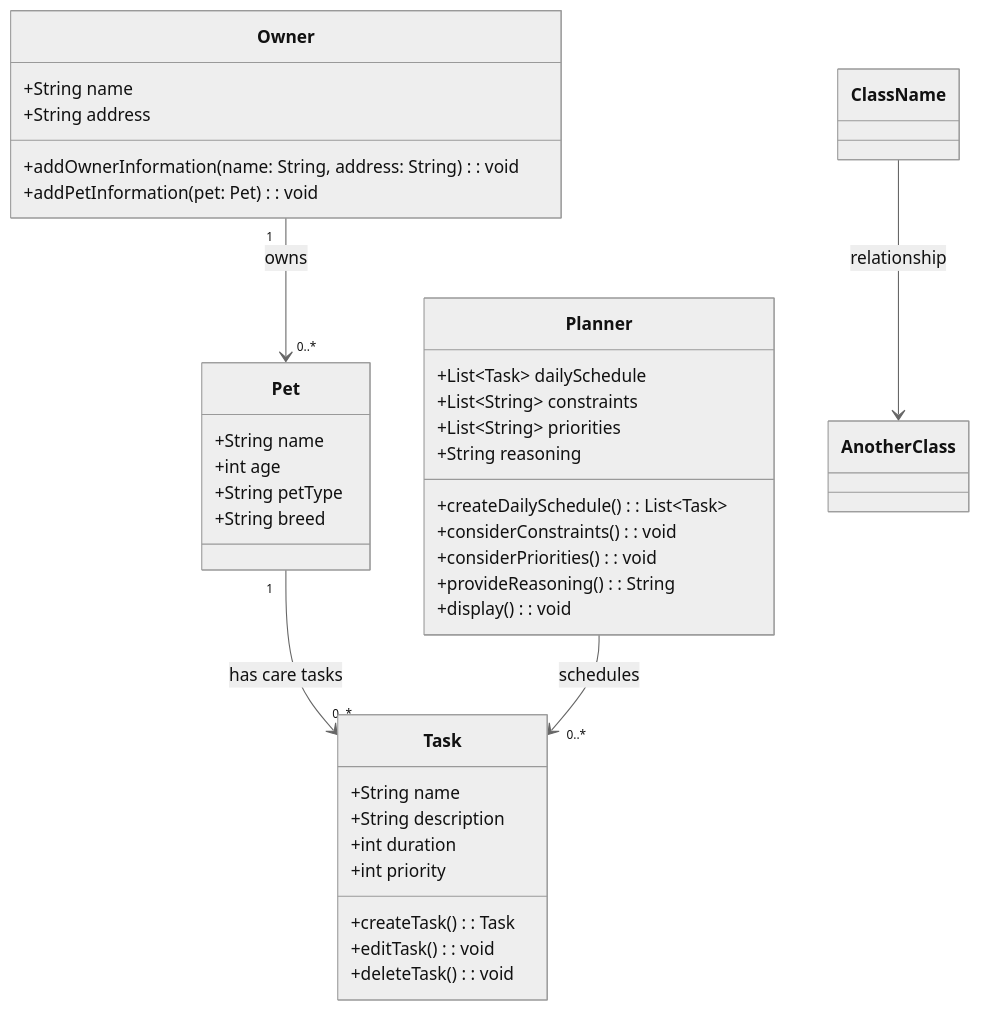
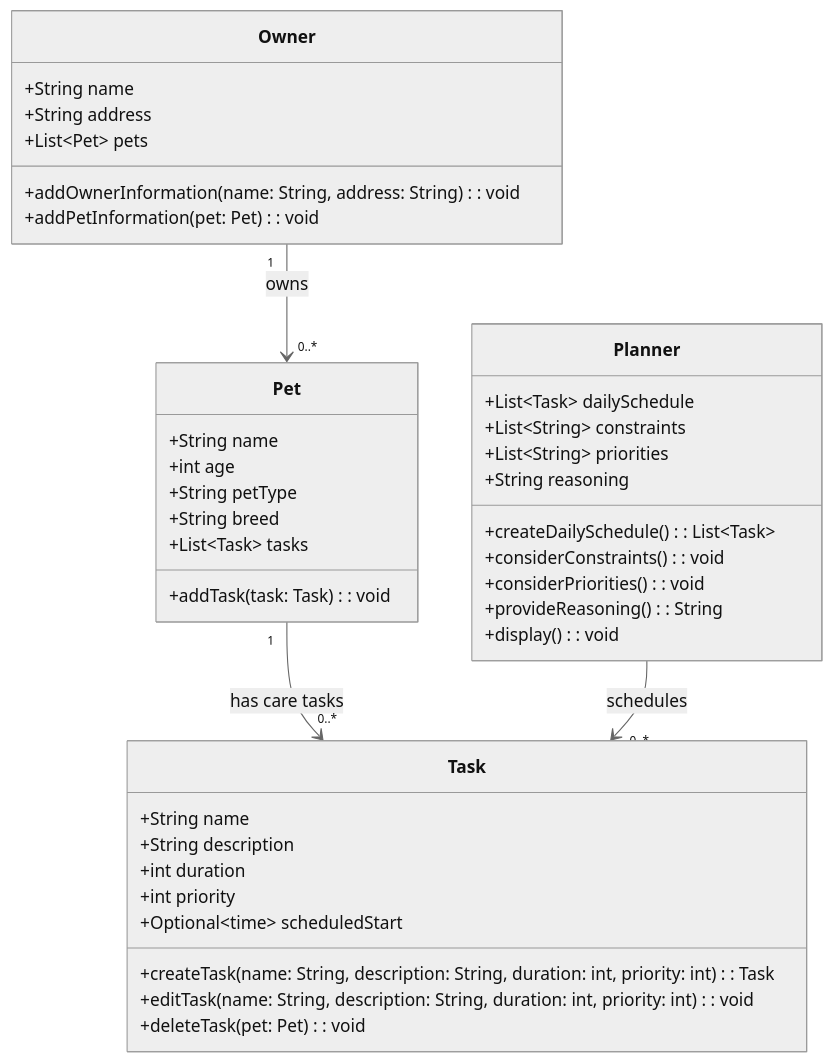
One commit to Arianna-W/ai110-module2show-pawpal-starter changed the diagram in diagrams/uml.mmd. Above: the diagram before and after it, drawn with Mermaid (neutral theme).

Commit message:
Correct method fields

```diff
--- a/diagrams/uml.mmd
+++ b/diagrams/uml.mmd
@@ -1,44 +1,44 @@
- %% Replace the placeholders below with your actual classes, attributes, methods, and relationships.
- %% Keep this file updated so it matches your final implementation.
-
 classDiagram
     class Owner {
         +String name
         +String address
+        +List~Pet~ pets
         +addOwnerInformation(name: String, address: String): void
         +addPetInformation(pet: Pet): void
     }
 
     class Pet {
         +String name
         +int age
         +String petType
         +String breed
+        +List~Task~ tasks
+        +addTask(task: Task): void
     }
 
     class Task {
         +String name
         +String description
         +int duration
         +int priority
-        +createTask(): Task
-        +editTask(): void
-        +deleteTask(): void
+        +Optional~time~ scheduledStart
+        +createTask(name: String, description: String, duration: int, priority: int): Task
+        +editTask(name: String, description: String, duration: int, priority: int): void
+        +deleteTask(pet: Pet): void
     }
 
     class Planner {
         +List~Task~ dailySchedule
         +List~String~ constraints
         +List~String~ priorities
         +String reasoning
         +createDailySchedule(): List~Task~
         +considerConstraints(): void
         +considerPriorities(): void
         +provideReasoning(): String
         +display(): void
     }
 
-    ClassName --> AnotherClass : relationship
     Owner "1" --> "0..*" Pet : owns
     Pet "1" --> "0..*" Task : has care tasks
     Planner --> "0..*" Task : schedules
```
